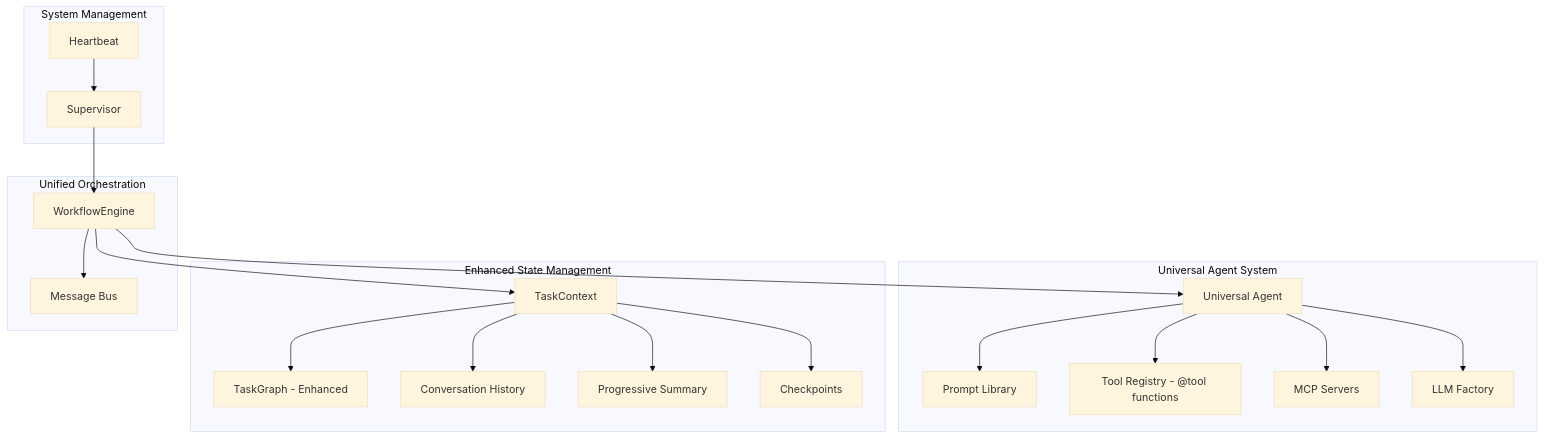
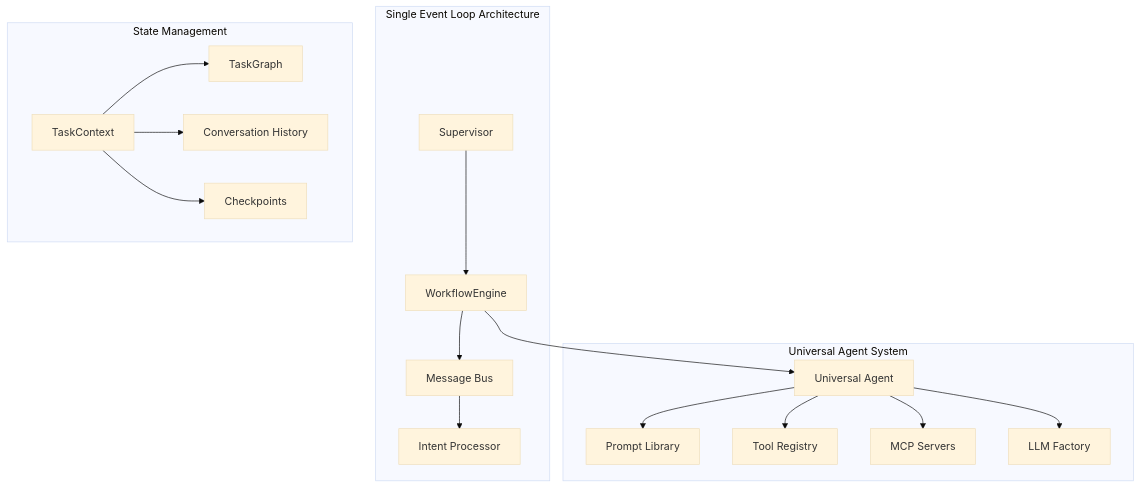
One commit to lenaxia/generative-agent changed the diagram in README.md. Above: the diagram before and after it, drawn with Mermaid (base theme). The commit also changed other lines of this file, not shown here.

````diff
--- a/README.md
+++ b/README.md
@@ -25,27 +134,22 @@
 ```mermaid
 graph TD
     subgraph "Universal Agent System"
         UA[Universal Agent] --> PL[Prompt Library]
-        UA --> TR[Tool Registry - @tool functions]
+        UA --> TR[Tool Registry]
         UA --> MCP[MCP Servers]
         UA --> LLM[LLM Factory]
     end
 
-    subgraph "Enhanced State Management"
-        TC[TaskContext] --> TG[TaskGraph - Enhanced]
+    subgraph "Single Event Loop Architecture"
+        S[Supervisor] --> WE[WorkflowEngine]
+        WE --> UA
+        WE --> MB[Message Bus]
+        MB --> IP[Intent Processor]
+    end
+
+    subgraph "State Management"
+        TC[TaskContext] --> TG[TaskGraph]
         TC --> CH[Conversation History]
-        TC --> PS[Progressive Summary]
         TC --> CP[Checkpoints]
     end
-
-    subgraph "Unified Orchestration"
-        WE[WorkflowEngine] --> TC
-        WE --> UA
-        WE --> MB[Message Bus]
-    end
-
-    subgraph "System Management"
-        S[Supervisor] --> WE
-        HB[Heartbeat] --> S
-    end
 ```
````
